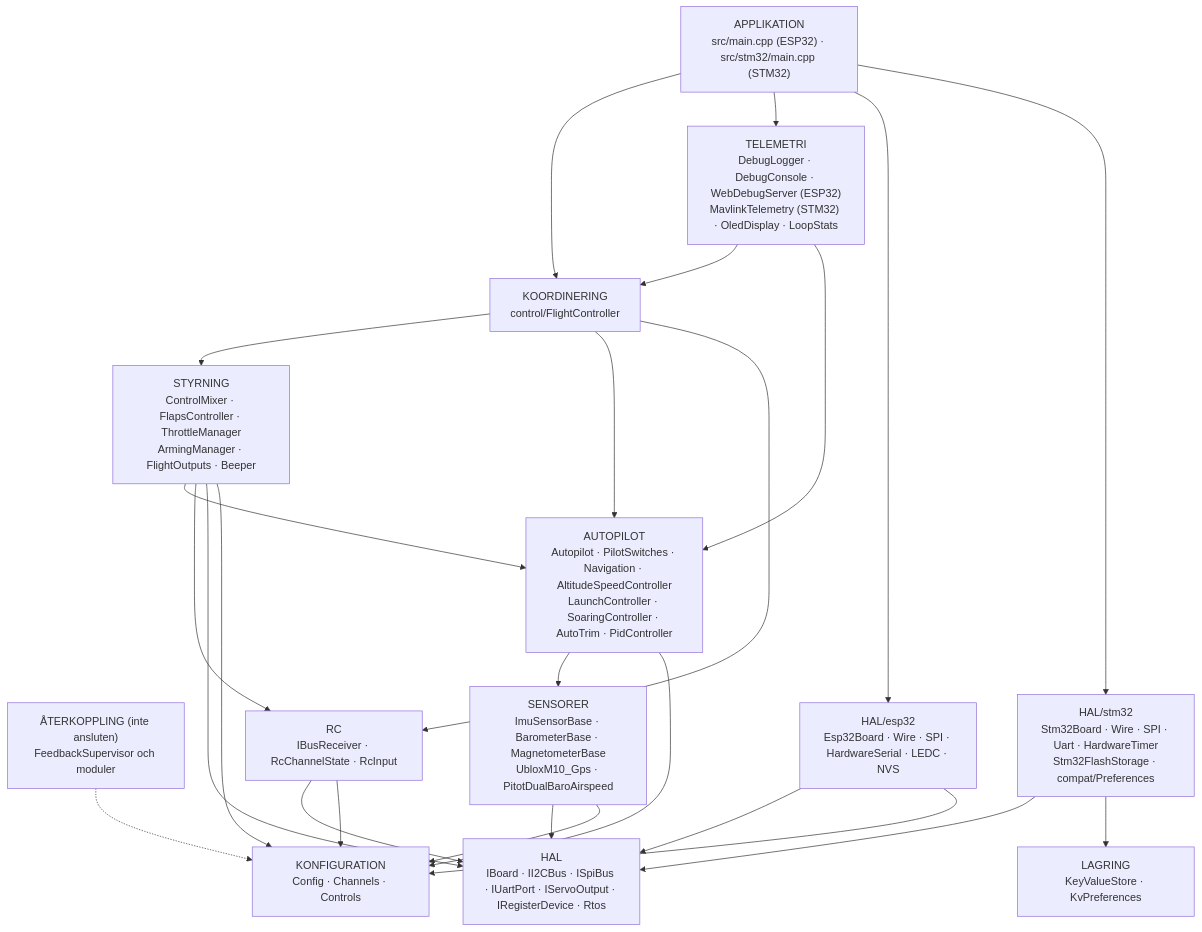
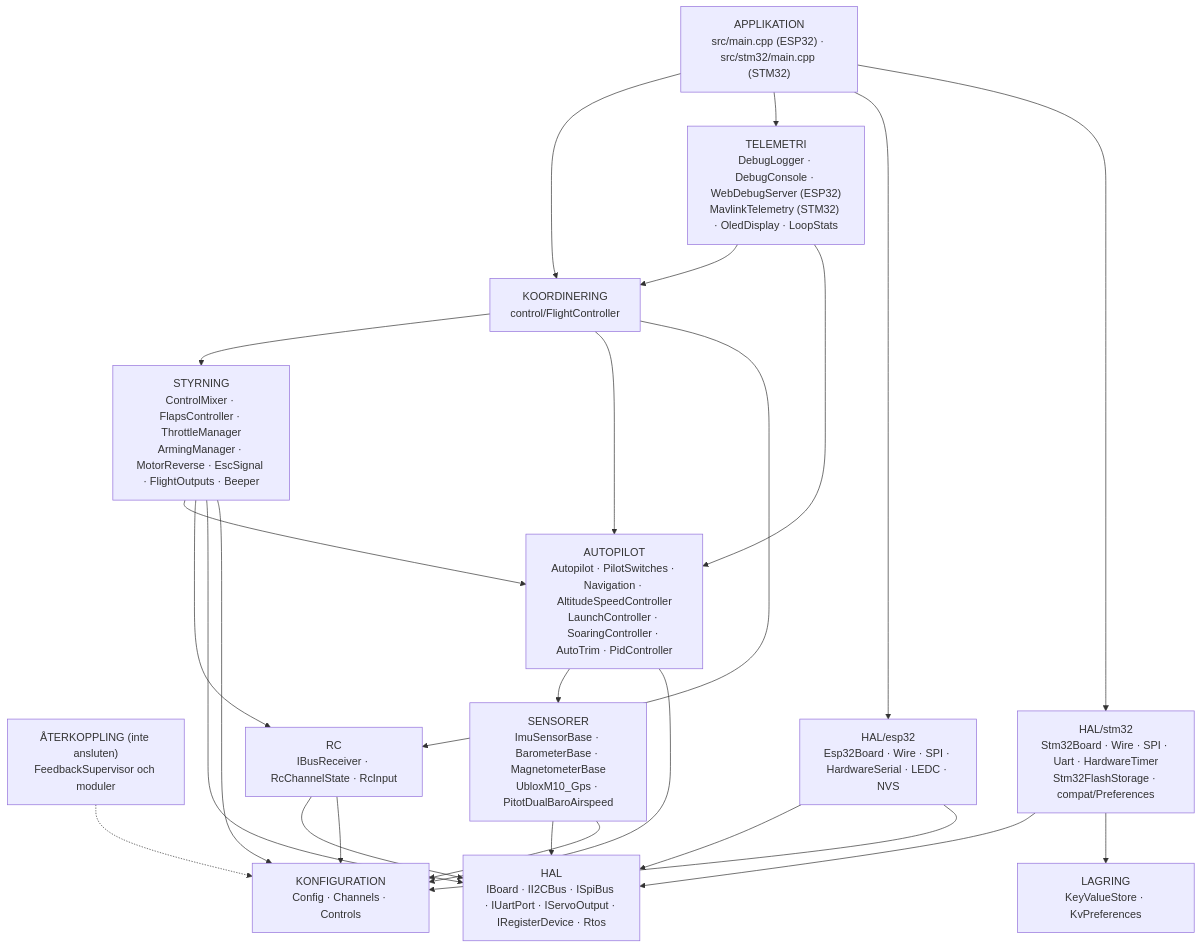
One commit to damir-lebedev/OpenPlaneProject changed the first of 11 diagrams in docs/i18n/sv/ARCHITECTURE.md. Above: the diagram before and after it, drawn with Mermaid. The commit also changed other lines of this file and 166 other files, not shown here.

First line of the commit message:
Make the bidirectional BLHeli 80A ESC the main one, with a disarm-only motor reverse

````diff
--- a/docs/i18n/sv/ARCHITECTURE.md
+++ b/docs/i18n/sv/ARCHITECTURE.md
@@ -62,41 +62,41 @@
 ```mermaid
 flowchart TD
     APP["APPLIKATION<br/>src/main.cpp (ESP32) · src/stm32/main.cpp (STM32)"]
     COORD["KOORDINERING<br/>control/FlightController"]
     TELE["TELEMETRI<br/>DebugLogger · DebugConsole · WebDebugServer (ESP32)<br/>MavlinkTelemetry (STM32) · OledDisplay · LoopStats"]
-    CTRL["STYRNING<br/>ControlMixer · FlapsController · ThrottleManager<br/>ArmingManager · FlightOutputs · Beeper"]
+    CTRL["STYRNING<br/>ControlMixer · FlapsController · ThrottleManager<br/>ArmingManager · MotorReverse · EscSignal · FlightOutputs · Beeper"]
     AP["AUTOPILOT<br/>Autopilot · PilotSwitches · Navigation · AltitudeSpeedController<br/>LaunchController · SoaringController · AutoTrim · PidController"]
     FB["ÅTERKOPPLING (inte ansluten)<br/>FeedbackSupervisor och moduler"]
     RC["RC<br/>IBusReceiver · RcChannelState · RcInput"]
     SENS["SENSORER<br/>ImuSensorBase · BarometerBase · MagnetometerBase<br/>UbloxM10_Gps · PitotDualBaroAirspeed"]
     HAL["HAL<br/>IBoard · II2CBus · ISpiBus · IUartPort · IServoOutput · IRegisterDevice · Rtos"]
     STORE["LAGRING<br/>KeyValueStore · KvPreferences"]
     ESP["HAL/esp32<br/>Esp32Board · Wire · SPI · HardwareSerial · LEDC · NVS"]
     STM["HAL/stm32<br/>Stm32Board · Wire · SPI · Uart · HardwareTimer<br/>Stm32FlashStorage · compat/Preferences"]
     CFG["KONFIGURATION<br/>Config · Channels · Controls"]
 
     APP --> COORD
     APP --> TELE
     APP --> ESP
     APP --> STM
     TELE --> COORD
     TELE --> AP
     COORD --> CTRL
     COORD --> AP
     COORD --> RC
     CTRL --> AP
     CTRL --> RC
     CTRL --> HAL
     AP --> SENS
     RC --> HAL
     SENS --> HAL
     ESP --> HAL
     STM --> HAL
     STM --> STORE
     FB -.-> CFG
     AP --> CFG
     CTRL --> CFG
     RC --> CFG
     SENS --> CFG
     ESP --> CFG
 ```
````
